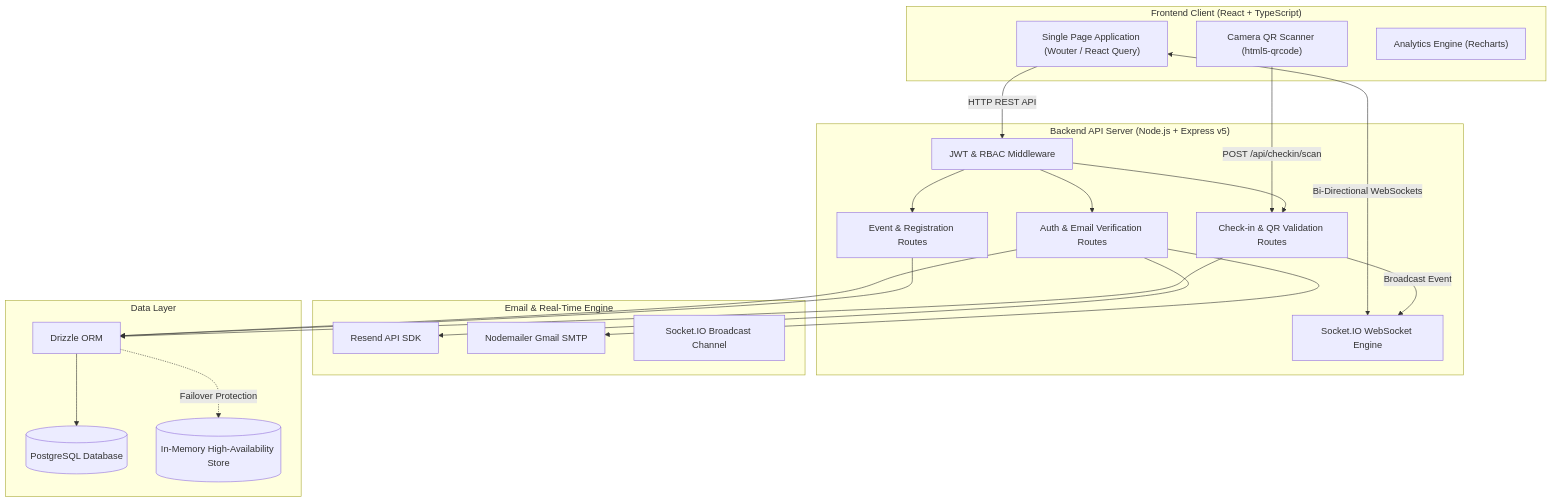
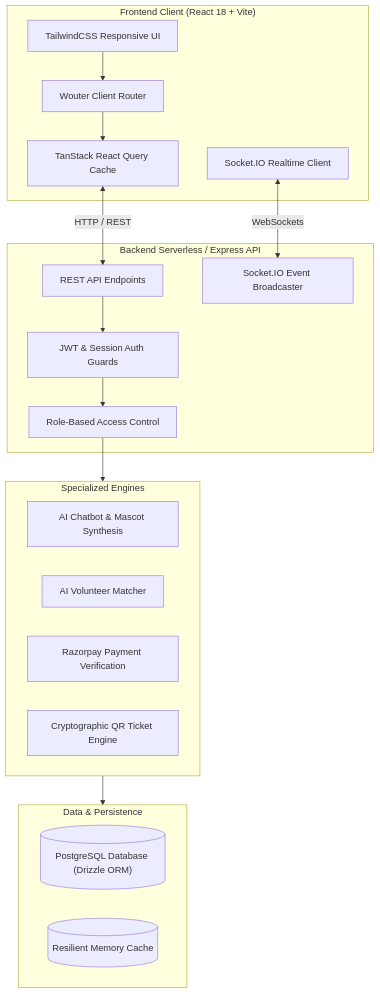
Before and after one commit to payalmane21/TechRush: the fifth of 6 diagrams in README.md, drawn with Mermaid. The commit also changed other lines of this file, not shown here.

Commit message:
docs: update README.md with comprehensive EventHub architecture, features, and workflows

````diff
--- a/README.md
+++ b/README.md
@@ -84,47 +347,36 @@
 ```mermaid
 flowchart TD
-    subgraph Client["Frontend Client (React + TypeScript)"]
-        SPA["Single Page Application (Wouter / React Query)"]
-        Scanner["Camera QR Scanner (html5-qrcode)"]
-        Charts["Analytics Engine (Recharts)"]
+    subgraph ClientLayer["Frontend Client (React 18 + Vite)"]
+        UI["TailwindCSS Responsive UI"]
+        WouterRouter["Wouter Client Router"]
+        ReactQuery["TanStack React Query Cache"]
+        SocketClient["Socket.IO Realtime Client"]
     end
 
-    subgraph API["Backend API Server (Node.js + Express v5)"]
-        AuthMiddleware["JWT & RBAC Middleware"]
-        AuthRoutes["Auth & Email Verification Routes"]
-        EventRoutes["Event & Registration Routes"]
-        CheckinRoutes["Check-in & QR Validation Routes"]
-        SocketServer["Socket.IO WebSocket Engine"]
+    subgraph APILayer["Backend Serverless / Express API"]
+        AuthMiddleware["JWT & Session Auth Guards"]
+        RBAC["Role-Based Access Control"]
+        RestRouter["REST API Endpoints"]
+        SocketServer["Socket.IO Event Broadcaster"]
     end
 
-    subgraph Transport["Email & Real-Time Engine"]
-        ResendSDK["Resend API SDK"]
-        GmailSMTP["Nodemailer Gmail SMTP"]
-        WebSockets["Socket.IO Broadcast Channel"]
+    subgraph ServiceLayer["Specialized Engines"]
+        AIService["AI Chatbot & Mascot Synthesis"]
+        VLMService["AI Volunteer Matcher"]
+        PaymentService["Razorpay Payment Verification"]
+        QRService["Cryptographic QR Ticket Engine"]
     end
 
-    subgraph Database["Data Layer"]
-        ORM["Drizzle ORM"]
-        PostgresDB[(PostgreSQL Database)]
-        MemoryFallback[(In-Memory High-Availability Store)]
+    subgraph StorageLayer["Data & Persistence"]
+        PostgresDB[("PostgreSQL Database (Drizzle ORM)")]
+        InMemoryStore[("Resilient Memory Cache")]
     end
 
-    SPA -->|HTTP REST API| AuthMiddleware
-    Scanner -->|POST /api/checkin/scan| CheckinRoutes
-    SPA <-->|Bi-Directional WebSockets| SocketServer
+    UI --> WouterRouter --> ReactQuery
+    ReactQuery <-->|"HTTP / REST"| RestRouter
+    SocketClient <-->|"WebSockets"| SocketServer
 
-    AuthMiddleware --> AuthRoutes
-    AuthMiddleware --> EventRoutes
-    AuthMiddleware --> CheckinRoutes
-
-    AuthRoutes --> ResendSDK
-    AuthRoutes --> GmailSMTP
-    CheckinRoutes -->|Broadcast Event| SocketServer
-
-    AuthRoutes --> ORM
-    EventRoutes --> ORM
-    CheckinRoutes --> ORM
-
-    ORM --> PostgresDB
-    ORM -.->|Failover Protection| MemoryFallback
+    RestRouter --> AuthMiddleware --> RBAC
+    RBAC --> ServiceLayer
+    ServiceLayer --> StorageLayer
 ```
````
